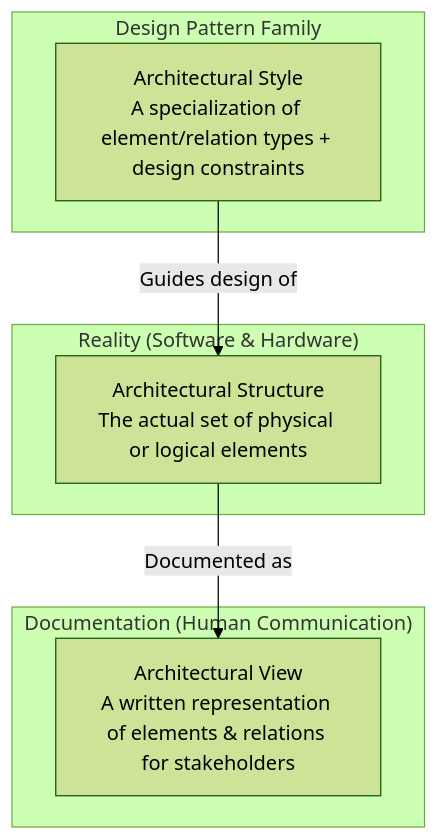
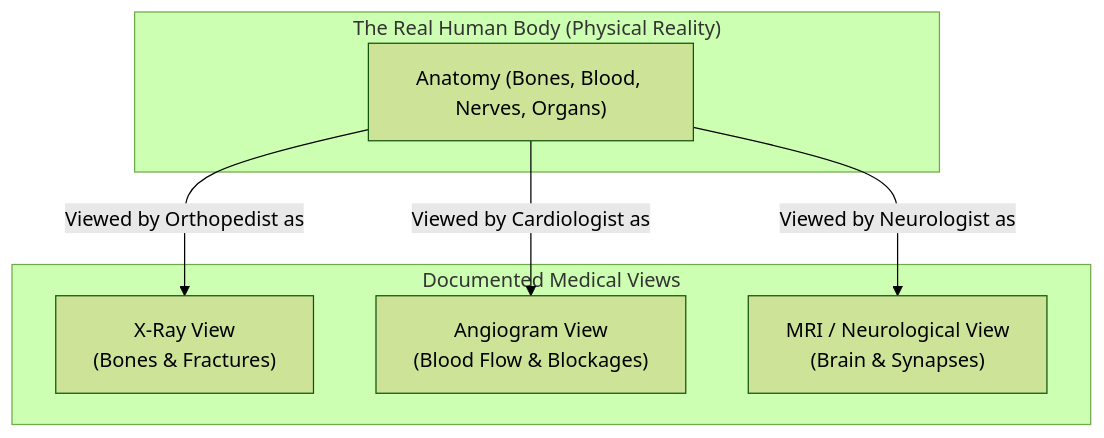
One commit to Fake1Doge/Obsidian-notes changed the second of 14 diagrams in Y2S1/CKS221 Test 1 MCQ Study Guide.md. Above: the diagram before and after it, drawn with Mermaid (forest theme). The commit also changed other lines of this file, not shown here.

````diff
--- a/Y2S1/CKS221 Test 1 MCQ Study Guide.md
+++ b/Y2S1/CKS221 Test 1 MCQ Study Guide.md
@@ -29,17 +104,16 @@
 ```mermaid
 flowchart TD
-    subgraph Reality["Reality (Software & Hardware)"]
-        S["Architectural Structure<br/>The actual set of physical or logical elements"]
+    subgraph Human["The Real Human Body (Physical Reality)"]
+        HB["Anatomy (Bones, Blood, Nerves, Organs)"]
+    end
+    
+    subgraph MedicalViews["Documented Medical Views"]
+        V1["X-Ray View<br/>(Bones & Fractures)"]
+        V2["Angiogram View<br/>(Blood Flow & Blockages)"]
+        V3["MRI / Neurological View<br/>(Brain & Synapses)"]
     end
 
-    subgraph Documentation["Documentation (Human Communication)"]
-        V["Architectural View<br/>A written representation of elements & relations for stakeholders"]
-    end
-
-    subgraph Pattern["Design Pattern Family"]
-        St["Architectural Style<br/>A specialization of element/relation types + design constraints"]
-    end
-
-    S -->|Documented as| V
-    St -->|Guides design of| S
+    HB -->|Viewed by Orthopedist as| V1
+    HB -->|Viewed by Cardiologist as| V2
+    HB -->|Viewed by Neurologist as| V3
 ```
````
